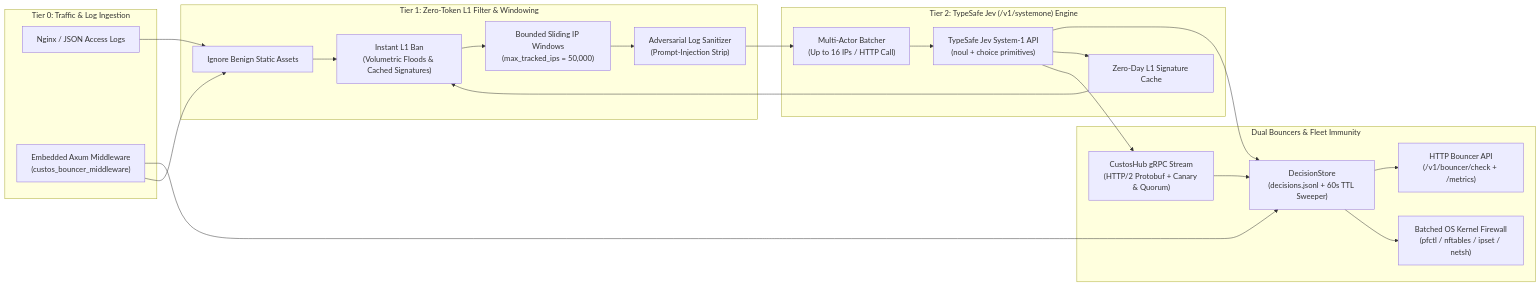
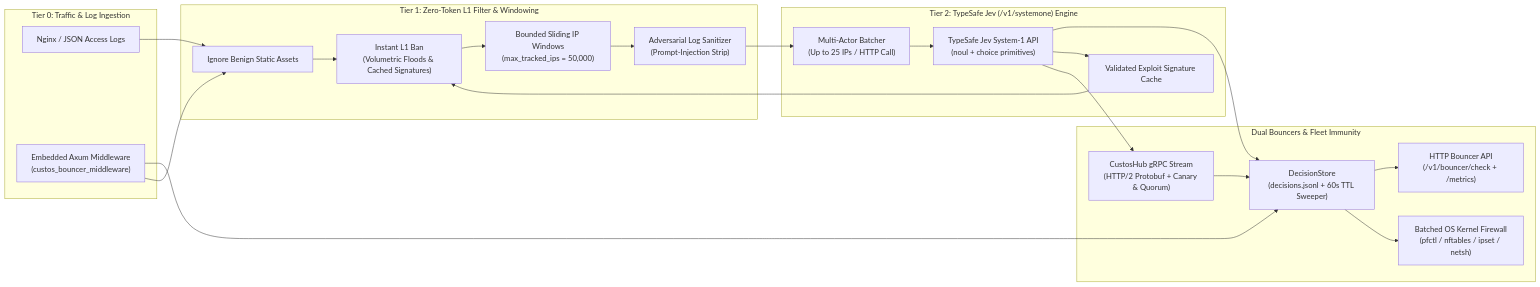
Before and after one commit to george-amir/Custos: the diagram in README.md, drawn with Mermaid. The commit also changed other lines of this file and 31 other files, not shown here.

````diff
--- a/README.md
+++ b/README.md
@@ -42,36 +42,36 @@
 ```mermaid
 flowchart LR
     subgraph Ingestion["Tier 0: Traffic & Log Ingestion"]
         Logs["Nginx / JSON Access Logs"]
         AxumMW["Embedded Axum Middleware\n(custos_bouncer_middleware)"]
     end
 
     subgraph L1["Tier 1: Zero-Token L1 Filter & Windowing"]
         Static["Ignore Benign Static Assets"]
         Flood["Instant L1 Ban\n(Volumetric Floods & Cached Signatures)"]
         Cap["Bounded Sliding IP Windows\n(max_tracked_ips = 50,000)"]
         Sanitize["Adversarial Log Sanitizer\n(Prompt-Injection Strip)"]
     end
 
     subgraph L2["Tier 2: TypeSafe Jev (/v1/systemone) Engine"]
-        Batch["Multi-Actor Batcher\n(Up to 16 IPs / HTTP Call)"]
+        Batch["Multi-Actor Batcher\n(Up to 25 IPs / HTTP Call)"]
         JevAPI["TypeSafe Jev System-1 API\n(noul + choice primitives)"]
-        AutoSig["Zero-Day L1 Signature Cache"]
+        AutoSig["Validated Exploit Signature Cache"]
     end
 
     subgraph Enforcement["Dual Bouncers & Fleet Immunity"]
         Store["DecisionStore\n(decisions.jsonl + 60s TTL Sweeper)"]
         HTTP["HTTP Bouncer API\n(/v1/bouncer/check + /metrics)"]
         FW["Batched OS Kernel Firewall\n(pfctl / nftables / ipset / netsh)"]
         Hub["CustosHub gRPC Stream\n(HTTP/2 Protobuf + Canary & Quorum)"]
     end
 
     Logs --> Static --> Flood --> Cap --> Sanitize --> Batch
     AxumMW --> Store
     AxumMW --> Static
     Batch --> JevAPI --> Store
     JevAPI --> AutoSig --> Flood
     Store --> HTTP
     Store --> FW
     JevAPI --> Hub --> Store
 ```
````
